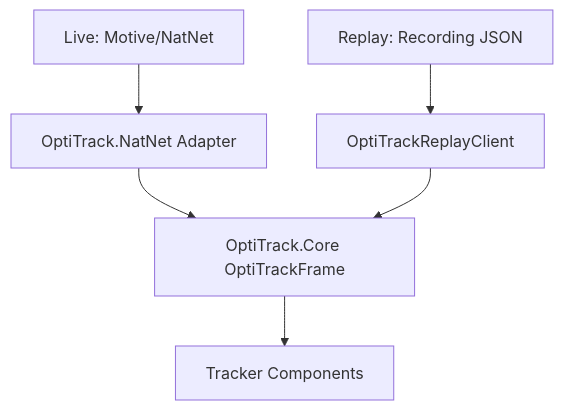
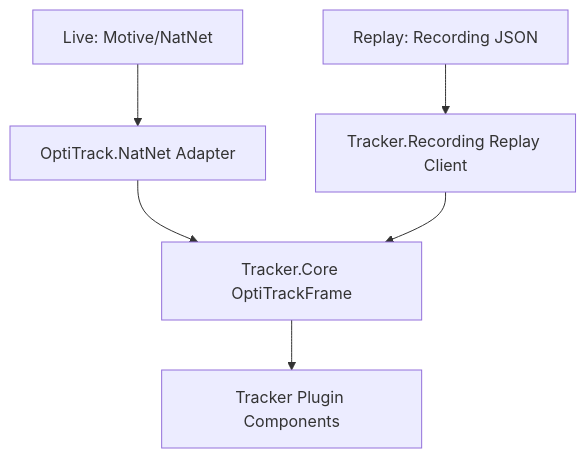
The second of 2 diagrams in docs/architecture.md (rhughes42/optitrack-gh), drawn with Mermaid before and after one commit. The commit also changed other lines of this file and 36 other files, not shown here.

First line of the commit message:
feat: Implement OptiTrack recording and replay functionality

````diff
--- a/docs/architecture.md
+++ b/docs/architecture.md
@@ -17,8 +18,8 @@
 ```mermaid
 flowchart TD
   L[Live: Motive/NatNet] --> A[OptiTrack.NatNet Adapter]
-  J[Replay: Recording JSON] --> P[OptiTrackReplayClient]
-  A --> C[OptiTrack.Core OptiTrackFrame]
+  J[Replay: Recording JSON] --> P[Tracker.Recording Replay Client]
+  A --> C[Tracker.Core OptiTrackFrame]
   P --> C
-  C --> GH[Tracker Components]
+  C --> GH[Tracker Plugin Components]
 ```
````
